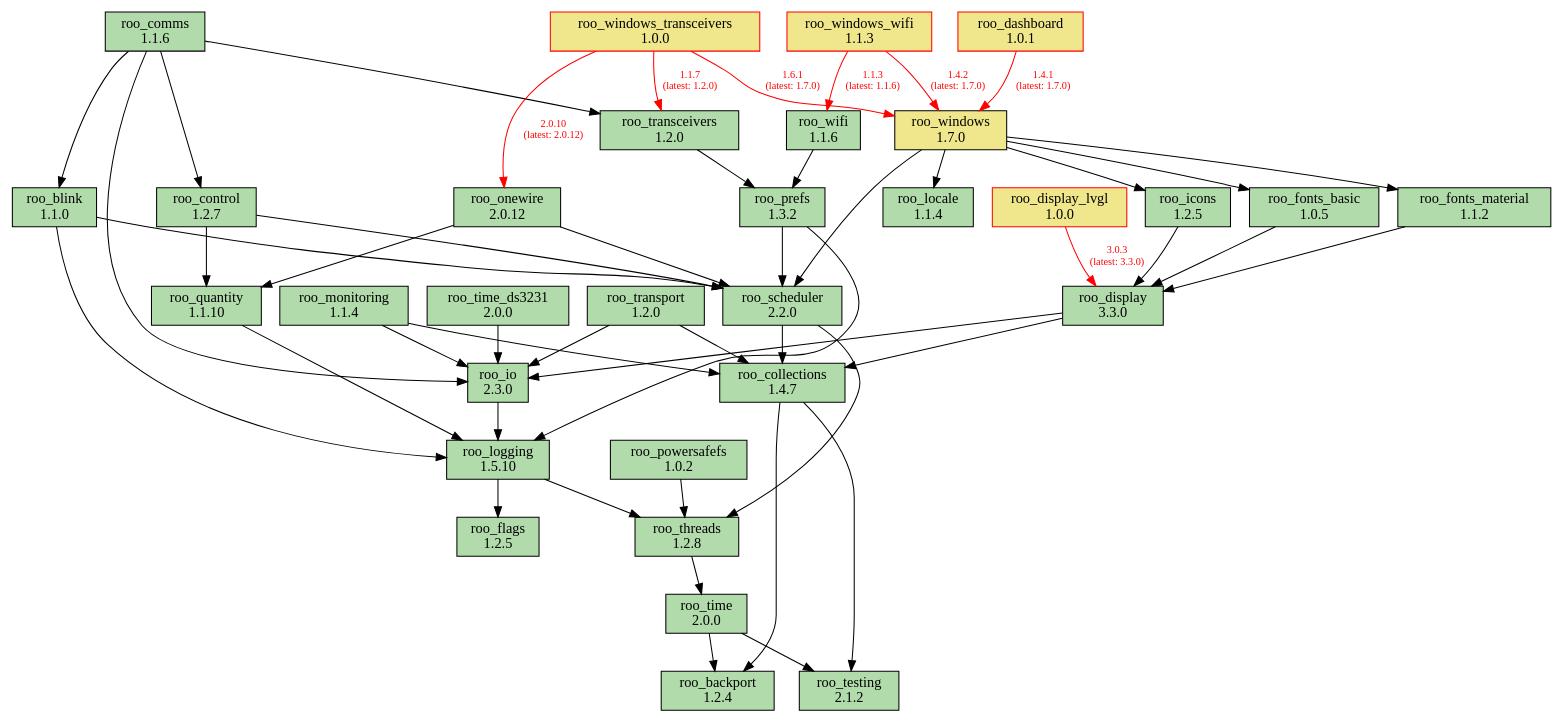
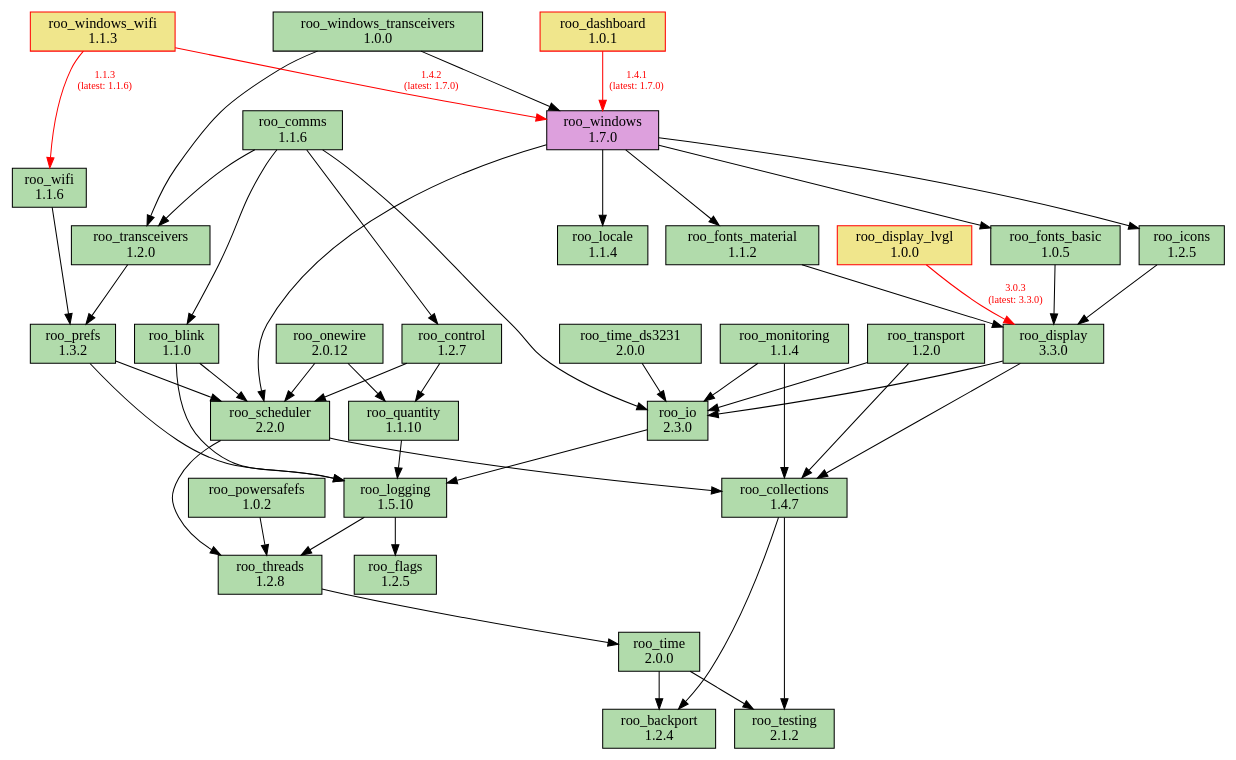
One commit to dejwk/roo-registry changed the diagram in doc/dependencies.dot. Above: the diagram before and after it, drawn with Graphviz. The commit also changed 3 other files, not shown here.

Commit message:
Added roo_windows_transceivers 1.0.0 to the registry.

```diff
--- a/doc/dependencies.dot
+++ b/doc/dependencies.dot
@@ -1,88 +1,87 @@
 digraph dependencies {
     rankdir=TB;
     node [shape=box, style=filled];
     edge [fontsize=10];
 
     // Modules
     "roo_backport" [label="roo_backport\n1.2.4", fillcolor="#b1dbab", color="black"];
     "roo_blink" [label="roo_blink\n1.1.0", fillcolor="#b1dbab", color="black"];
     "roo_collections" [label="roo_collections\n1.4.7", fillcolor="#b1dbab", color="black"];
     "roo_comms" [label="roo_comms\n1.1.6", fillcolor="#b1dbab", color="black"];
     "roo_control" [label="roo_control\n1.2.7", fillcolor="#b1dbab", color="black"];
     "roo_dashboard" [label="roo_dashboard\n1.0.1", fillcolor="khaki", color="red"];
     "roo_display" [label="roo_display\n3.3.0", fillcolor="#b1dbab", color="black"];
     "roo_display_lvgl" [label="roo_display_lvgl\n1.0.0", fillcolor="khaki", color="red"];
     "roo_flags" [label="roo_flags\n1.2.5", fillcolor="#b1dbab", color="black"];
     "roo_fonts_basic" [label="roo_fonts_basic\n1.0.5", fillcolor="#b1dbab", color="black"];
     "roo_fonts_material" [label="roo_fonts_material\n1.1.2", fillcolor="#b1dbab", color="black"];
     "roo_icons" [label="roo_icons\n1.2.5", fillcolor="#b1dbab", color="black"];
     "roo_io" [label="roo_io\n2.3.0", fillcolor="#b1dbab", color="black"];
     "roo_locale" [label="roo_locale\n1.1.4", fillcolor="#b1dbab", color="black"];
     "roo_logging" [label="roo_logging\n1.5.10", fillcolor="#b1dbab", color="black"];
     "roo_monitoring" [label="roo_monitoring\n1.1.4", fillcolor="#b1dbab", color="black"];
     "roo_onewire" [label="roo_onewire\n2.0.12", fillcolor="#b1dbab", color="black"];
     "roo_powersafefs" [label="roo_powersafefs\n1.0.2", fillcolor="#b1dbab", color="black"];
     "roo_prefs" [label="roo_prefs\n1.3.2", fillcolor="#b1dbab", color="black"];
     "roo_quantity" [label="roo_quantity\n1.1.10", fillcolor="#b1dbab", color="black"];
     "roo_scheduler" [label="roo_scheduler\n2.2.0", fillcolor="#b1dbab", color="black"];
     "roo_testing" [label="roo_testing\n2.1.2", fillcolor="#b1dbab", color="black"];
     "roo_threads" [label="roo_threads\n1.2.8", fillcolor="#b1dbab", color="black"];
     "roo_time" [label="roo_time\n2.0.0", fillcolor="#b1dbab", color="black"];
     "roo_time_ds3231" [label="roo_time_ds3231\n2.0.0", fillcolor="#b1dbab", color="black"];
     "roo_transceivers" [label="roo_transceivers\n1.2.0", fillcolor="#b1dbab", color="black"];
     "roo_transport" [label="roo_transport\n1.2.0", fillcolor="#b1dbab", color="black"];
     "roo_wifi" [label="roo_wifi\n1.1.6", fillcolor="#b1dbab", color="black"];
-    "roo_windows" [label="roo_windows\n1.7.0", fillcolor="khaki", color="black"];
-    "roo_windows_transceivers" [label="roo_windows_transceivers\n1.0.0", fillcolor="khaki", color="red"];
+    "roo_windows" [label="roo_windows\n1.7.0", fillcolor="plum", color="black"];
+    "roo_windows_transceivers" [label="roo_windows_transceivers\n1.0.0", fillcolor="#b1dbab", color="black"];
     "roo_windows_wifi" [label="roo_windows_wifi\n1.1.3", fillcolor="khaki", color="red"];
 
     // Dependencies
     "roo_blink" -> "roo_logging";
     "roo_blink" -> "roo_scheduler";
     "roo_collections" -> "roo_testing";
     "roo_collections" -> "roo_backport";
     "roo_comms" -> "roo_blink";
     "roo_comms" -> "roo_control";
     "roo_comms" -> "roo_io";
     "roo_comms" -> "roo_transceivers";
     "roo_control" -> "roo_quantity";
     "roo_control" -> "roo_scheduler";
     "roo_dashboard" -> "roo_windows" [color=red, fontcolor=red, label="1.4.1\n(latest: 1.7.0)"];
     "roo_display" -> "roo_collections";
     "roo_display" -> "roo_io";
     "roo_display_lvgl" -> "roo_display" [color=red, fontcolor=red, label="3.0.3\n(latest: 3.3.0)"];
     "roo_fonts_basic" -> "roo_display";
     "roo_fonts_material" -> "roo_display";
     "roo_icons" -> "roo_display";
     "roo_io" -> "roo_logging";
     "roo_logging" -> "roo_flags";
     "roo_logging" -> "roo_threads";
     "roo_monitoring" -> "roo_collections";
     "roo_monitoring" -> "roo_io";
     "roo_onewire" -> "roo_scheduler";
     "roo_onewire" -> "roo_quantity";
     "roo_powersafefs" -> "roo_threads";
     "roo_prefs" -> "roo_logging";
     "roo_prefs" -> "roo_scheduler";
     "roo_quantity" -> "roo_logging";
     "roo_scheduler" -> "roo_collections";
     "roo_scheduler" -> "roo_threads";
     "roo_threads" -> "roo_time";
     "roo_time" -> "roo_testing";
     "roo_time" -> "roo_backport";
     "roo_time_ds3231" -> "roo_io";
     "roo_transceivers" -> "roo_prefs";
     "roo_transport" -> "roo_collections";
     "roo_transport" -> "roo_io";
     "roo_wifi" -> "roo_prefs";
     "roo_windows" -> "roo_fonts_basic";
     "roo_windows" -> "roo_fonts_material";
     "roo_windows" -> "roo_locale";
     "roo_windows" -> "roo_icons";
     "roo_windows" -> "roo_scheduler";
-    "roo_windows_transceivers" -> "roo_onewire" [color=red, fontcolor=red, label="2.0.10\n(latest: 2.0.12)"];
-    "roo_windows_transceivers" -> "roo_transceivers" [color=red, fontcolor=red, label="1.1.7\n(latest: 1.2.0)"];
-    "roo_windows_transceivers" -> "roo_windows" [color=red, fontcolor=red, label="1.6.1\n(latest: 1.7.0)"];
+    "roo_windows_transceivers" -> "roo_transceivers";
+    "roo_windows_transceivers" -> "roo_windows";
     "roo_windows_wifi" -> "roo_wifi" [color=red, fontcolor=red, label="1.1.3\n(latest: 1.1.6)"];
     "roo_windows_wifi" -> "roo_windows" [color=red, fontcolor=red, label="1.4.2\n(latest: 1.7.0)"];
 }
```
